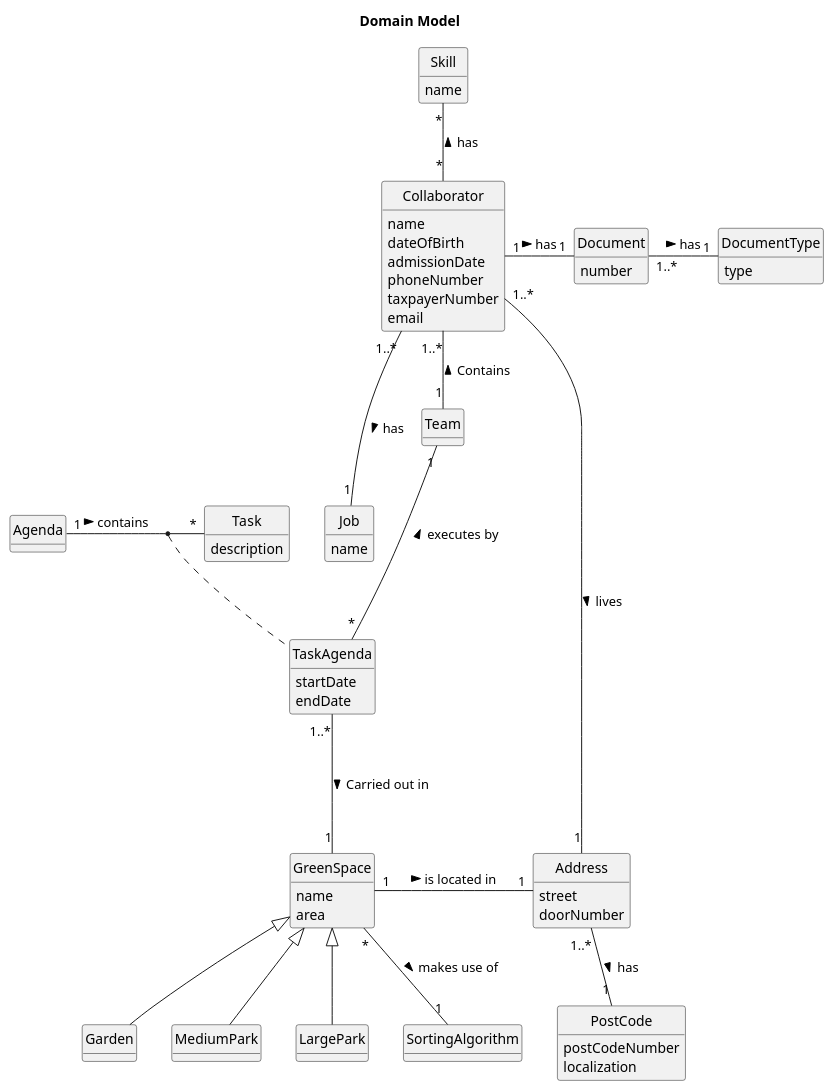
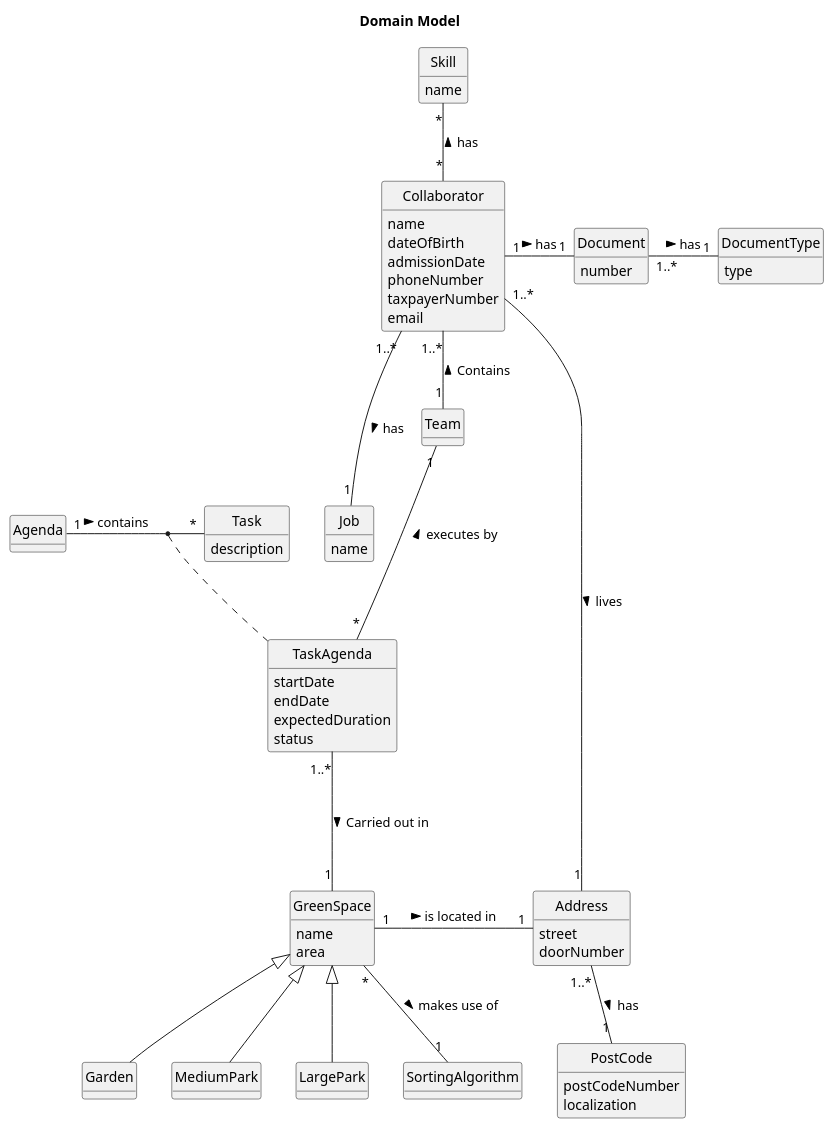
The diagram in docs/sprint3/us28/02.analysis/puml/us28-domain-model.puml (Departamento-de-Engenharia-Informatica/lei-24-s2-1db-g022), drawn with PlantUML before and after one commit. The commit also changed 7 other files, not shown here.

```diff
--- a/docs/sprint3/us28/02.analysis/puml/us28-domain-model.puml
+++ b/docs/sprint3/us28/02.analysis/puml/us28-domain-model.puml
@@ -1,91 +1,93 @@
 @startuml
 skinparam monochrome true
 skinparam packageStyle rectangle
 skinparam shadowing false
 skinparam classAttributeIconSize 0
 hide circle
 hide methods
 
 title Domain Model
 
 class Collaborator {
     name
     dateOfBirth
     admissionDate
     phoneNumber
     taxpayerNumber
     email
 }
 
 class Document{
     number
 }
 
 class DocumentType{
     type
 }
 
 class Address {
     street
     doorNumber
 }
 
 class PostCode{
     postCodeNumber
     localization
 }
 
 class Skill{
     name
 }
 
 class Job{
     name
 }
 
 class Team{
 }
 
 class GreenSpace {
     name
     area
 }
 
 class TaskAgenda{
     startDate
     endDate
+    expectedDuration
+    status
 }
 
 class Task {
     description
 }
 
 class Agenda{
 }
 
 Address "1..*" -- "1" PostCode : has >
 
 Document "1..*" - "1" DocumentType : has >
 
 '-------------Collaborator-------------
 Collaborator "1" - "1" Document : has >
 Collaborator "1..*" --- "1" Job : has >
 Address "1" - "1..*" Collaborator : lives <
 Skill "*" -- "*" Collaborator : has <
 Collaborator "1..*" -- "1" Team : Contains <
 
 '-------------GreenSpace-------------
 GreenSpace "1" - "1" Address : is located in >
 GreenSpace <|-- Garden
 GreenSpace <|-- MediumPark
 GreenSpace <|-- LargePark
 GreenSpace "*" -- "1" SortingAlgorithm : makes use of >
 
 '-------------Task-------------
 TaskAgenda "1..*" --- "1" GreenSpace :  Carried out in  >
 
 Team "1" --- "*" TaskAgenda : executes by <
 Agenda "1" - "*" Task : contains >
 
 (Task,Agenda) .. TaskAgenda
 @enduml
```
